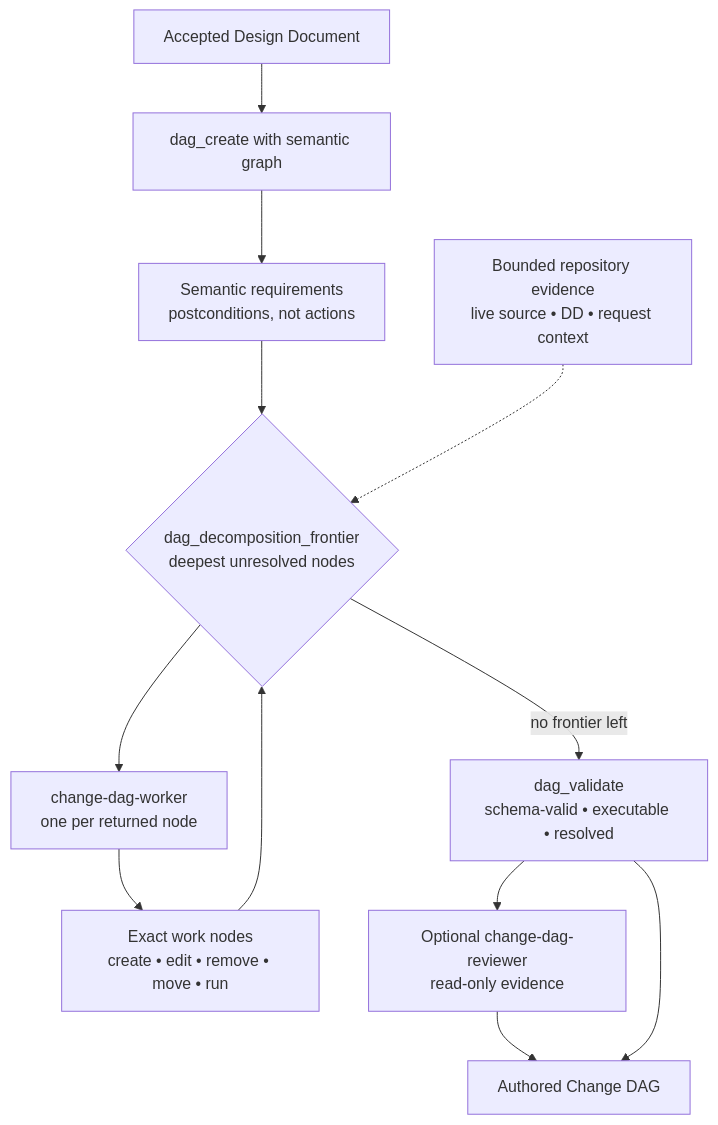
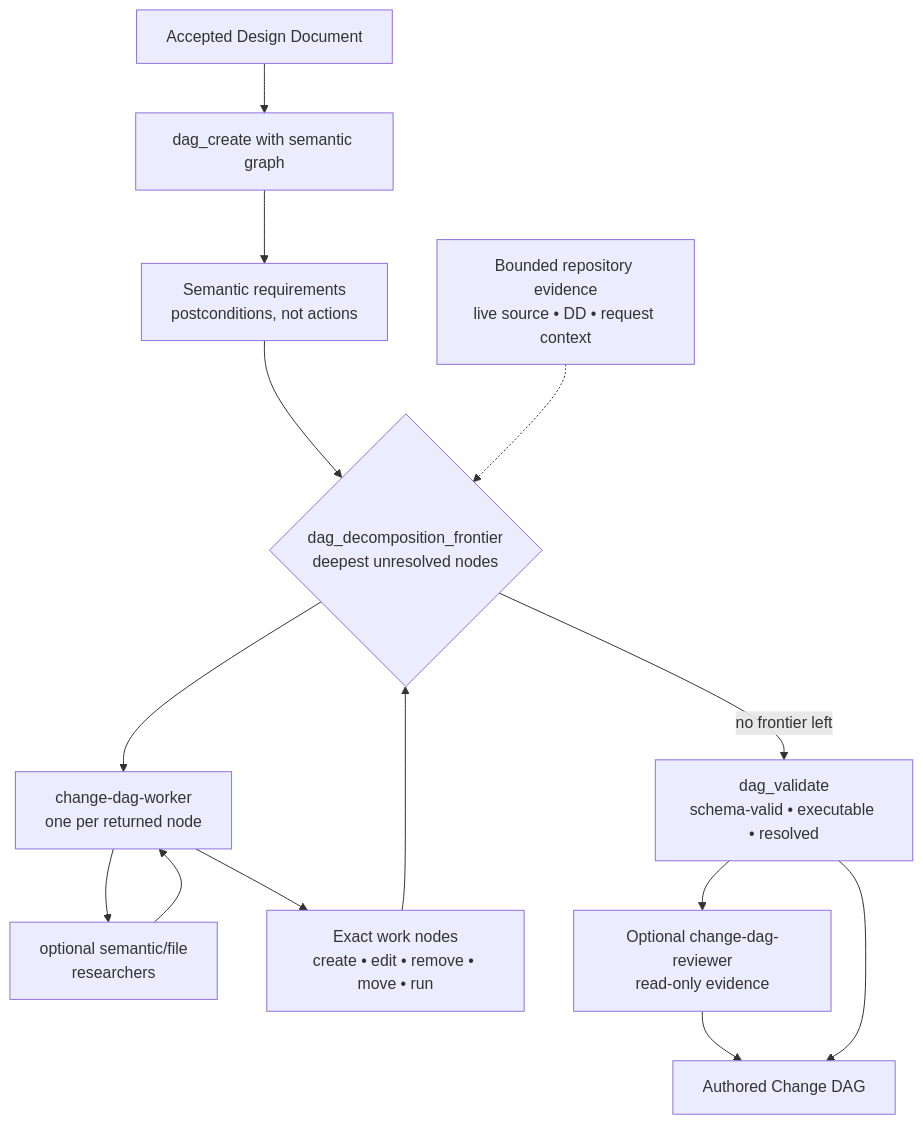
One commit to xiaden/SkyScow changed the first of 2 diagrams in docs/architecture/change-dag-lifecycle.md. Above: the diagram before and after it, drawn with Mermaid. The commit also changed other lines of this file and 29 other files, not shown here.

````diff
--- a/docs/architecture/change-dag-lifecycle.md
+++ b/docs/architecture/change-dag-lifecycle.md
@@ -16,15 +16,17 @@
 ```mermaid
 flowchart TD
     DD["Accepted Design Document"] --> S["dag_create with semantic graph"]
     S --> SEM["Semantic requirements<br/>postconditions, not actions"]
     SEM --> F{"dag_decomposition_frontier<br/>deepest unresolved nodes"}
     F --> W["change-dag-worker<br/>one per returned node"]
+    W --> R["optional semantic/file<br/>researchers"]
+    R --> W
     W --> X["Exact work nodes<br/>create • edit • remove • move • run"]
     X --> F
     F -->|no frontier left| VAL["dag_validate<br/>schema-valid • executable • resolved"]
     VAL --> REV["Optional change-dag-reviewer<br/>read-only evidence"]
     REV --> AUTH["Authored Change DAG"]
     VAL --> AUTH
 
     CTX["Bounded repository evidence<br/>live source • DD • request context"] -.-> F
 ```
````
